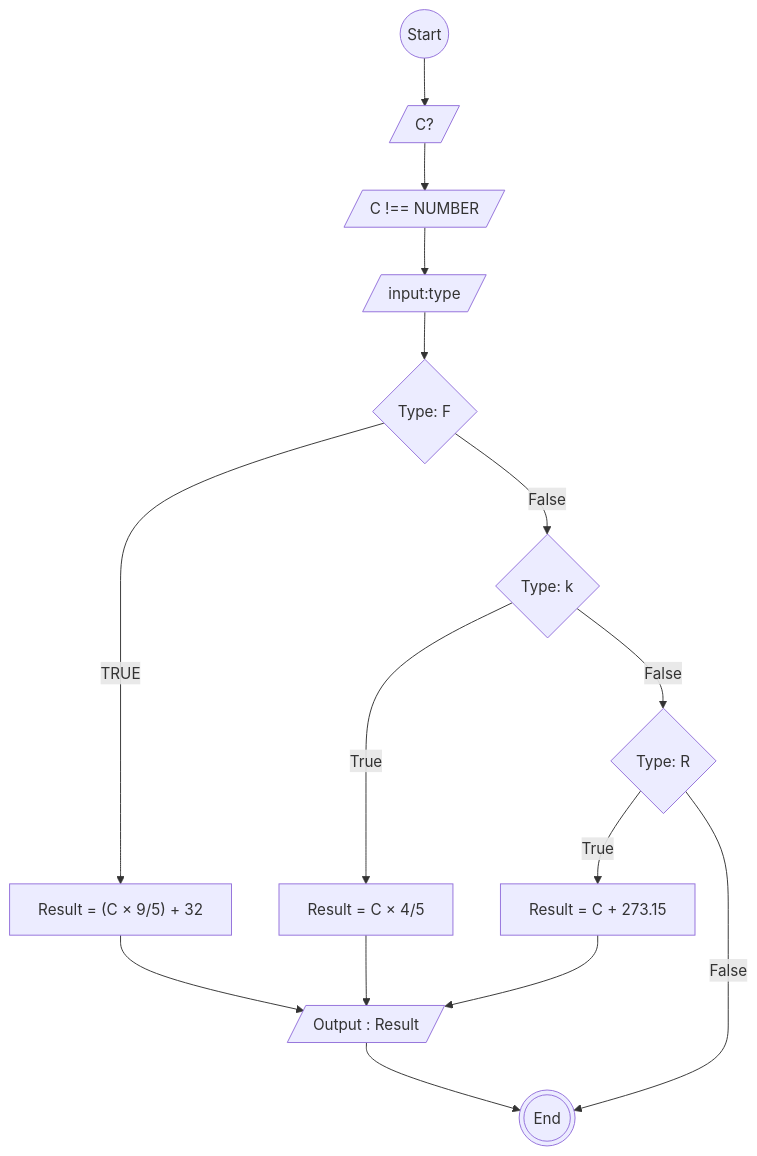
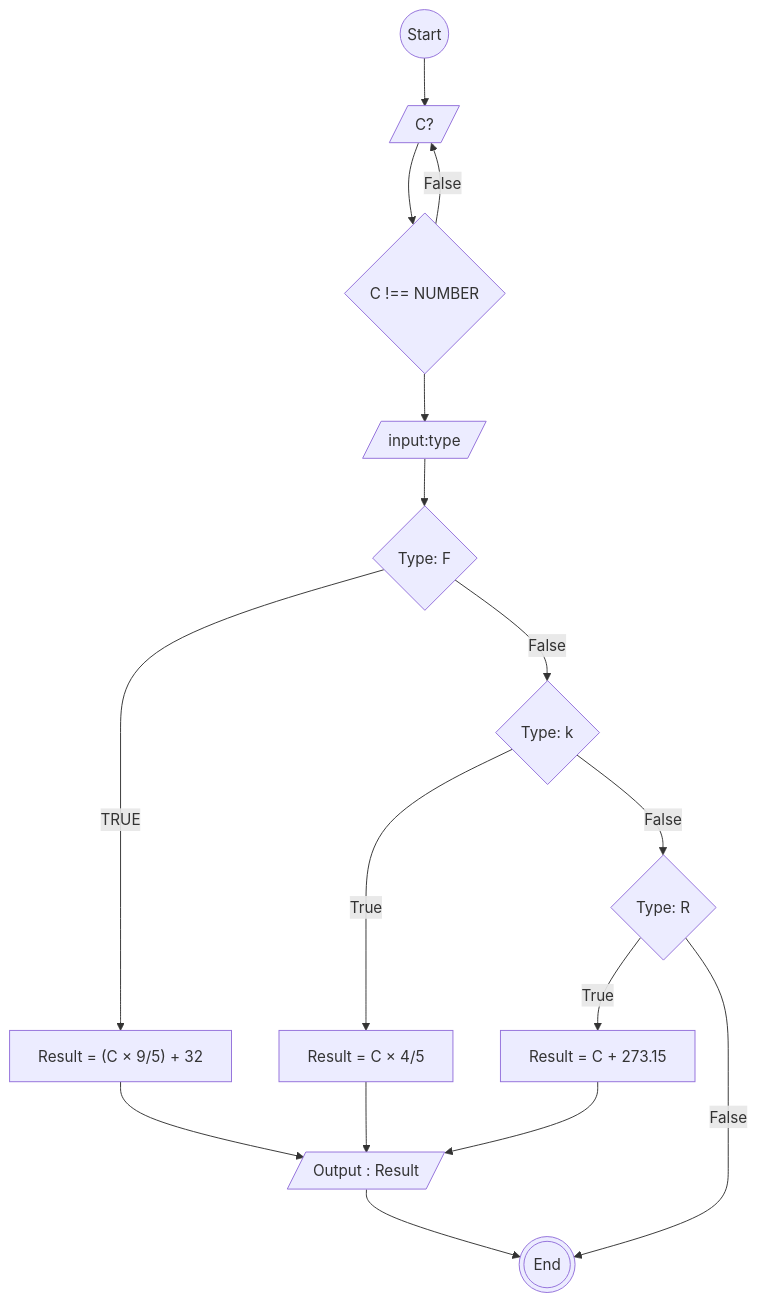
The diagram in MiniTask-Suhu.md (HN721/fgo24-algoritma), drawn with Mermaid before and after one commit. The commit also changed other lines of this file, not shown here.

````diff
--- a/MiniTask-Suhu.md
+++ b/MiniTask-Suhu.md
@@ -46,36 +46,37 @@
 ```mermaid
 flowchart TD
   A@{ shape: circle, label: "Start" }
-  Isnumber@{ shape: lean-r , label: "C !== NUMBER" }
+  Isnumber@{ shape: diamond , label: "C !== NUMBER" }
   type@{ shape: lean-r , label: "input:type" }
 
   type1@{ shape: diamond , label: "Type: F" }
   type2@{ shape: diamond , label: "Type: k" }
   type3@{ shape: diamond , label: "Type: R" }
   output@{shape: lean-r, label: "Output : Result"}
   B@{shape: lean-r, label: "C?"}
   C@{shape , label: "Result = (C × 9/5) + 32"}
   D@{shape , label: "Result = C × 4/5"}
   E@{shape , label: "Result = C + 273.15"}
   H@{shape: dbl-circ, label: "End"}
 A --> B
 B --> Isnumber
+Isnumber --False--> B
 Isnumber --> type
 type --> type1
 type1 --TRUE--> C
 type1 --False--> type2
 type2 --True--> D
 type2 --False--> type3
 type3 --True--> E
 type3 --False--> H
 C --> output
 D --> output
 E --> output
 
 output --> H
 
 
 
 
 
 ```
````
